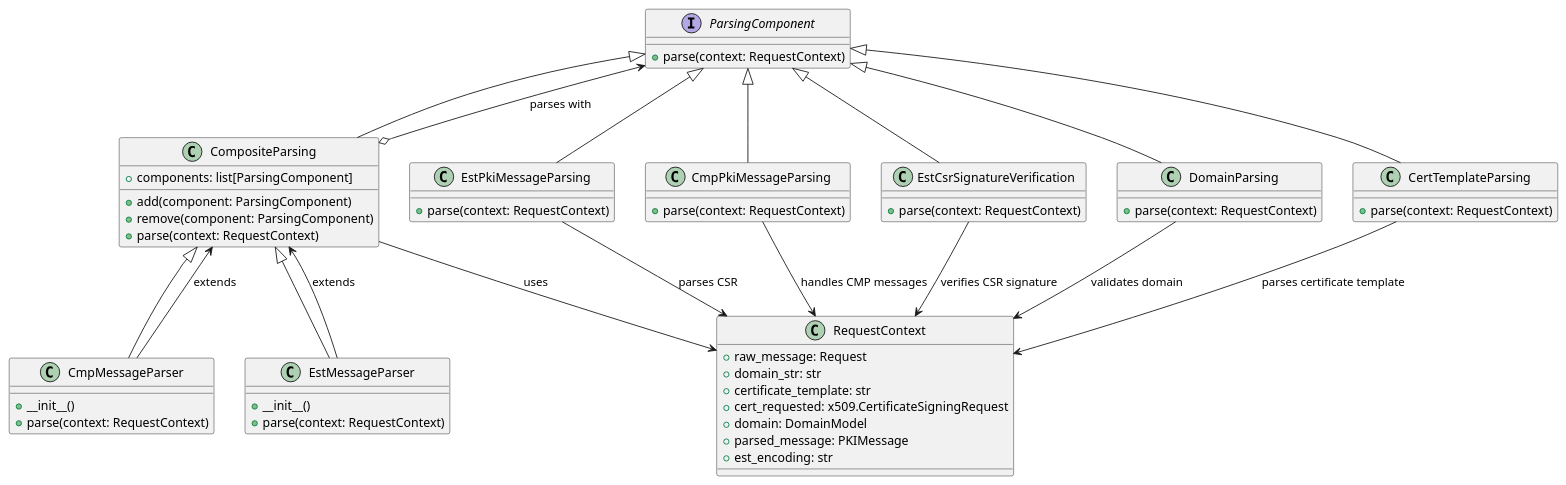
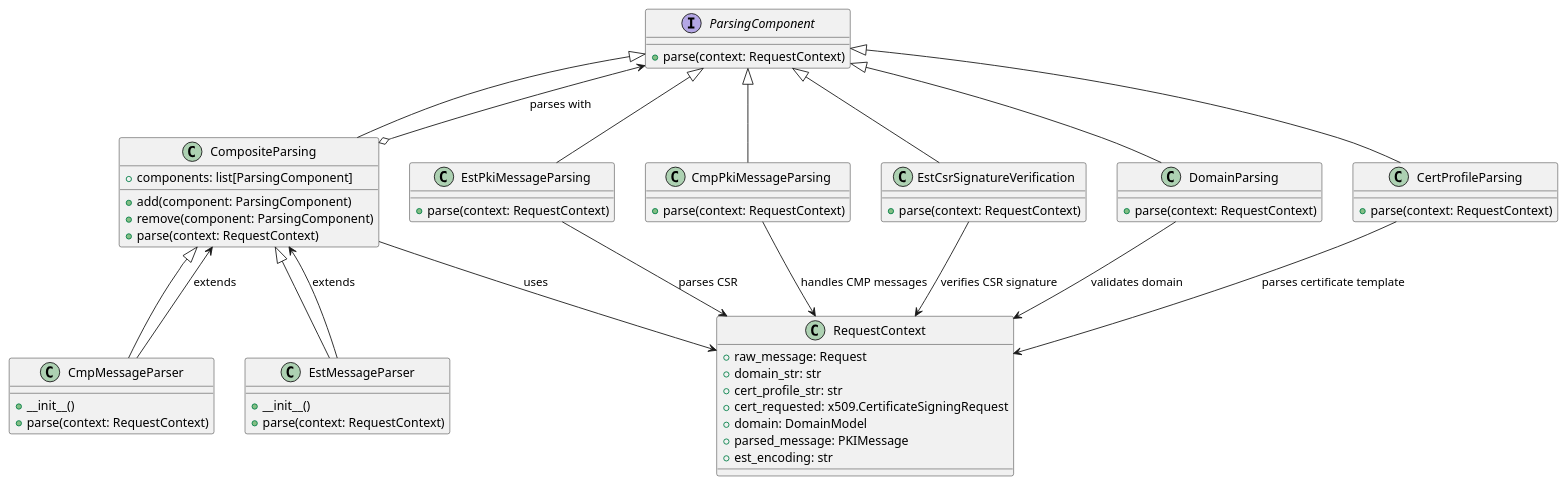
The third of 5 diagrams in docs/source/development/workflow.rst (Trustpoint-Project/trustpoint), drawn with PlantUML before and after one commit. The commit also changed other lines of this file and 19 other files, not shown here.

First line of the commit message:
Fix Cert Profile deletion view

```diff
--- a/docs/source/development/workflow.rst
+++ b/docs/source/development/workflow.rst
@@ -162,81 +162,81 @@
 .. plantuml::
 
     @startuml
     ' General interface for all parsing components.
     interface ParsingComponent {
         + parse(context: RequestContext)
     }
 
     ' Composite parser to group and execute individual parsing strategies.
     class CompositeParsing {
         + components: list[ParsingComponent]
         + add(component: ParsingComponent)
         + remove(component: ParsingComponent)
         + parse(context: RequestContext)
     }
 
     ' Specialized composite parsers for specific protocols.
     class CmpMessageParser {
         + __init__()
         + parse(context: RequestContext)
     }
 
     class EstMessageParser {
         + __init__()
         + parse(context: RequestContext)
     }
 
     ' Individual parsing components.
     class EstPkiMessageParsing {
         + parse(context: RequestContext)
     }
 
     class CmpPkiMessageParsing {
         + parse(context: RequestContext)
     }
 
     class EstCsrSignatureVerification {
         + parse(context: RequestContext)
     }
 
     class DomainParsing {
         + parse(context: RequestContext)
     }
 
-    class CertTemplateParsing {
+    class CertProfileParsing {
         + parse(context: RequestContext)
     }
 
     ' Dependency relationship with RequestContext.
     class RequestContext {
         + raw_message: Request
         + domain_str: str
-        + certificate_template: str
+        + cert_profile_str: str
         + cert_requested: x509.CertificateSigningRequest
         + domain: DomainModel
         + parsed_message: PKIMessage
         + est_encoding: str
     }
 
     ' Relationships.
     ParsingComponent <|-- CompositeParsing
     CompositeParsing <|-- CmpMessageParser
     CompositeParsing <|-- EstMessageParser
     ParsingComponent <|-- EstPkiMessageParsing
     ParsingComponent <|-- CmpPkiMessageParsing
     ParsingComponent <|-- EstCsrSignatureVerification
     ParsingComponent <|-- DomainParsing
-    ParsingComponent <|-- CertTemplateParsing
+    ParsingComponent <|-- CertProfileParsing
 
     ' Composite dependencies.
     CompositeParsing o--> ParsingComponent : "parses with"
     CompositeParsing --> RequestContext : "uses"
     CmpMessageParser --> CompositeParsing : "extends"
     EstMessageParser --> CompositeParsing : "extends"
     EstPkiMessageParsing --> RequestContext : "parses CSR"
     CmpPkiMessageParsing --> RequestContext : "handles CMP messages"
     EstCsrSignatureVerification --> RequestContext : "verifies CSR signature"
     DomainParsing --> RequestContext : "validates domain"
-    CertTemplateParsing --> RequestContext : "parses certificate template"
+    CertProfileParsing --> RequestContext : "parses certificate template"
 
     @enduml
```
